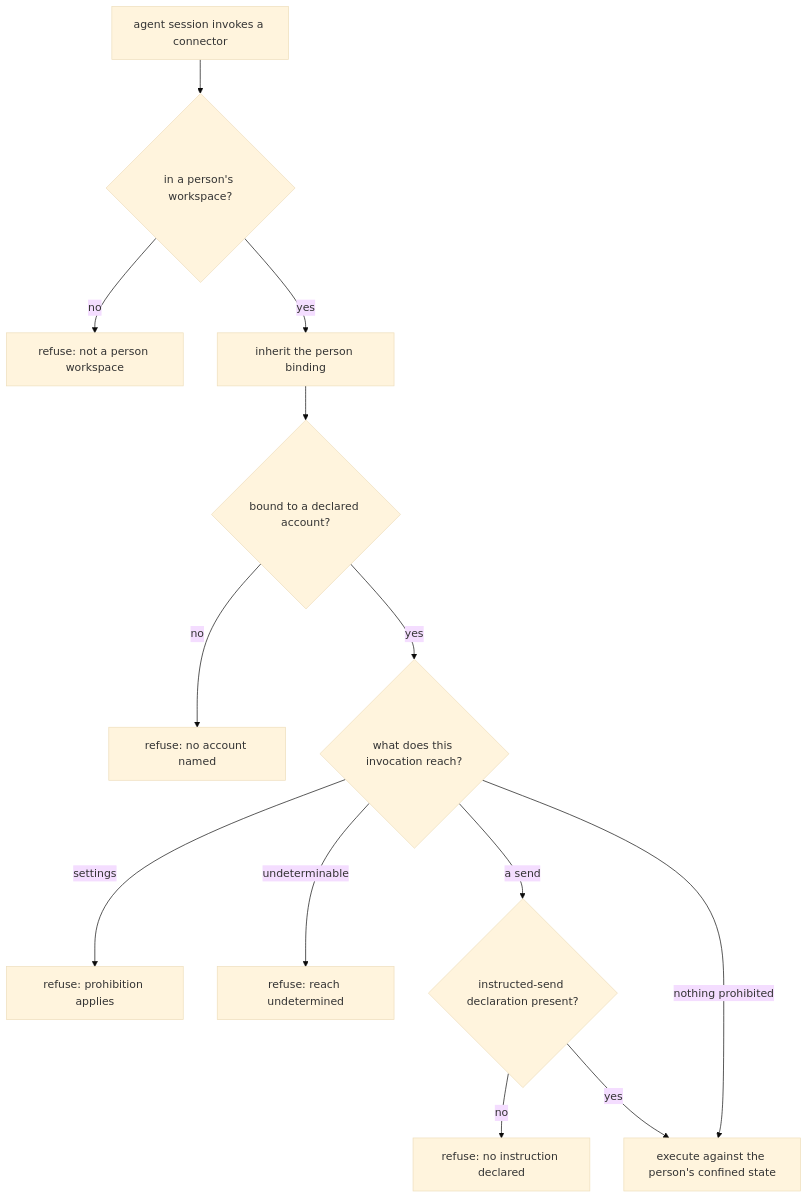
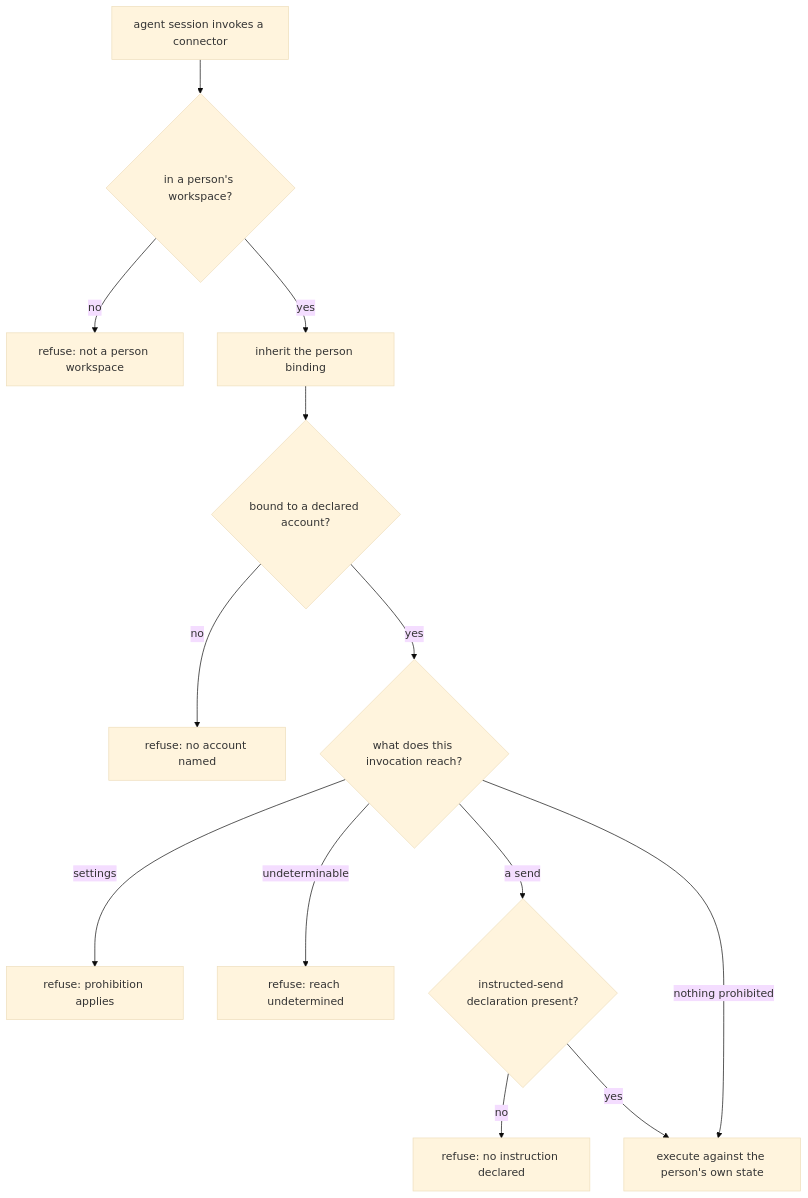
One commit to InstruktAI/TeleClaude changed the diagram in docs/project/design/architecture/assistant-connector-boundary.md. Above: the diagram before and after it, drawn with Mermaid (base theme). The commit also changed other lines of this file and 1 other file, not shown here.

First line of the commit message:
docs(architecture,integration): remove residual confinement claims left by the narrowing

````diff
--- a/docs/project/design/architecture/assistant-connector-boundary.md
+++ b/docs/project/design/architecture/assistant-connector-boundary.md
@@ -161,15 +162,15 @@
 ```mermaid
 flowchart TD
     A[agent session invokes a connector] --> B{in a person's workspace?}
     B -- no --> R0[refuse: not a person workspace]
     B -- yes --> C[inherit the person binding]
     C --> D{bound to a declared account?}
     D -- no --> R1[refuse: no account named]
     D -- yes --> E{what does this invocation reach?}
     E -- settings --> R2[refuse: prohibition applies]
     E -- undeterminable --> R3[refuse: reach undetermined]
     E -- a send --> F{instructed-send declaration present?}
     F -- no --> R4[refuse: no instruction declared]
     F -- yes --> G
-    E -- nothing prohibited --> G[execute against the person's confined state]
+    E -- nothing prohibited --> G[execute against the person's own state]
 ```
````
